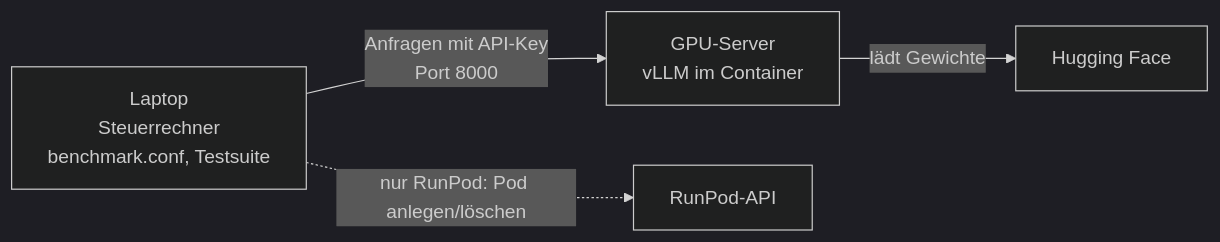
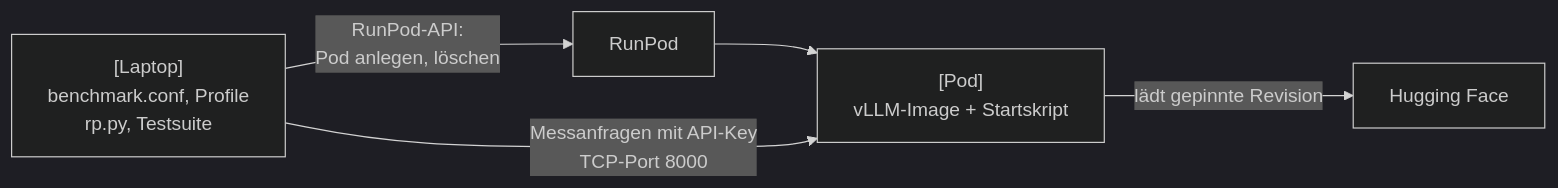
One commit to Kalavera1/SwarmLLM_Benchmark changed the diagram in ANLEITUNG.md. Above: the diagram before and after it, drawn with Mermaid (dark theme). The commit also changed other lines of this file and 9 other files, not shown here.

````diff
--- a/ANLEITUNG.md
+++ b/ANLEITUNG.md
@@ -7,6 +13,7 @@
 ```mermaid
 flowchart LR
-  L["Laptop<br/>Steuerrechner<br/>benchmark.conf, Testsuite"] -->|"Anfragen mit API-Key<br/>Port 8000"| G["GPU-Server<br/>vLLM im Container"]
-  L -.->|"nur RunPod: Pod anlegen/löschen"| R["RunPod-API"]
-  G -->|"lädt Gewichte"| H["Hugging Face"]
+  L["[Laptop]<br/>benchmark.conf, Profile<br/>rp.py, Testsuite"] -->|"RunPod-API:<br/>Pod anlegen, löschen"| R["RunPod"]
+  R --> P["[Pod]<br/>vLLM-Image + Startskript"]
+  L -->|"Messanfragen mit API-Key<br/>TCP-Port 8000"| P
+  P -->|"lädt gepinnte Revision"| H["Hugging Face"]
 ```
````
